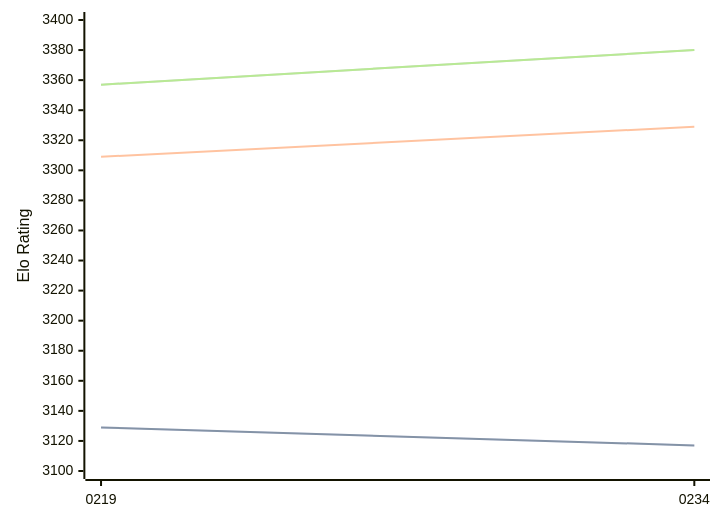
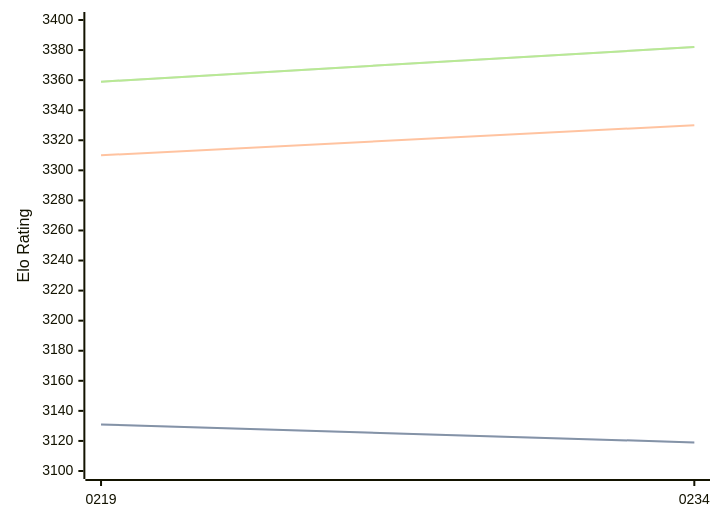
Before and after one commit to computer-chess-index/cci: the diagram in engines/Ynode.md, drawn with Mermaid. The commit also changed other lines of this file, not shown here.

Commit message:
Update CCI Ratings (ELO VLTC) - 2026-07-24

````diff
--- a/engines/Ynode.md
+++ b/engines/Ynode.md
@@ -39,11 +39,11 @@
 ```mermaid
 %%{init: {"theme":"base","themeVariables":{"seriesColors:['#a3a3a3','#222221','#faa371']}}}%%
 xychart-beta
   x-axis ["0219", "0234"]
   y-axis "Elo Rating" 3100 --> 3400
-  line "STC (8.0+0.08s)" [3129, 3117]
-  line "STC (8.0+0.08s)" [3129, 3117]
-  line "LTC (60.0+0.60s)" [3309, 3329]
-  line "VLTC (2m24s+1.12s)" [3357, 3380]
-  line "VLTC (2m24s+1.12s)" [3357, 3380]
+  line "STC (8.0+0.08s)" [3131, 3119]
+  line "STC (8.0+0.08s)" [3131, 3119]
+  line "LTC (60.0+0.60s)" [3310, 3330]
+  line "VLTC (2m24s+1.12s)" [3359, 3382]
+  line "VLTC (2m24s+1.12s)" [3359, 3382]
 ```
````
